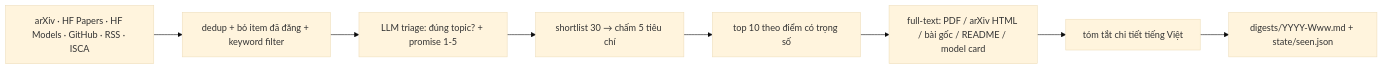
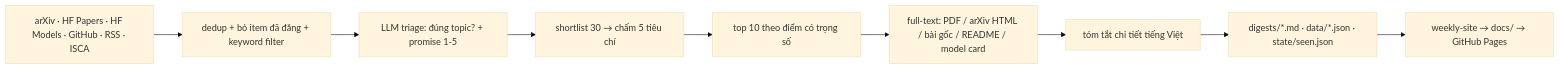
Before and after one commit to minhhoang2705/weekly-paper-digest: the diagram in README.md, drawn with Mermaid (base theme). The commit also changed other lines of this file and 32 other files, not shown here.

Commit message:
feat: static Research Monitor web UI on GitHub Pages; cron builds it; ISCA abstract fix

````diff
--- a/README.md
+++ b/README.md
@@ -9,10 +9,11 @@
 ```mermaid
 flowchart LR
     S[arXiv · HF Papers · HF Models · GitHub · RSS · ISCA] --> N[dedup + bỏ item đã đăng + keyword filter]
     N --> F[LLM triage: đúng topic? + promise 1-5]
     F --> R[shortlist 30 → chấm 5 tiêu chí]
     R --> T[top 10 theo điểm có trọng số]
     T --> X[full-text: PDF / arXiv HTML / bài gốc / README / model card]
     X --> W[tóm tắt chi tiết tiếng Việt]
-    W --> D[digests/YYYY-Www.md + state/seen.json]
+    W --> D[digests/*.md · data/*.json · state/seen.json]
+    D --> UI[weekly-site → docs/ → GitHub Pages]
 ```
````
